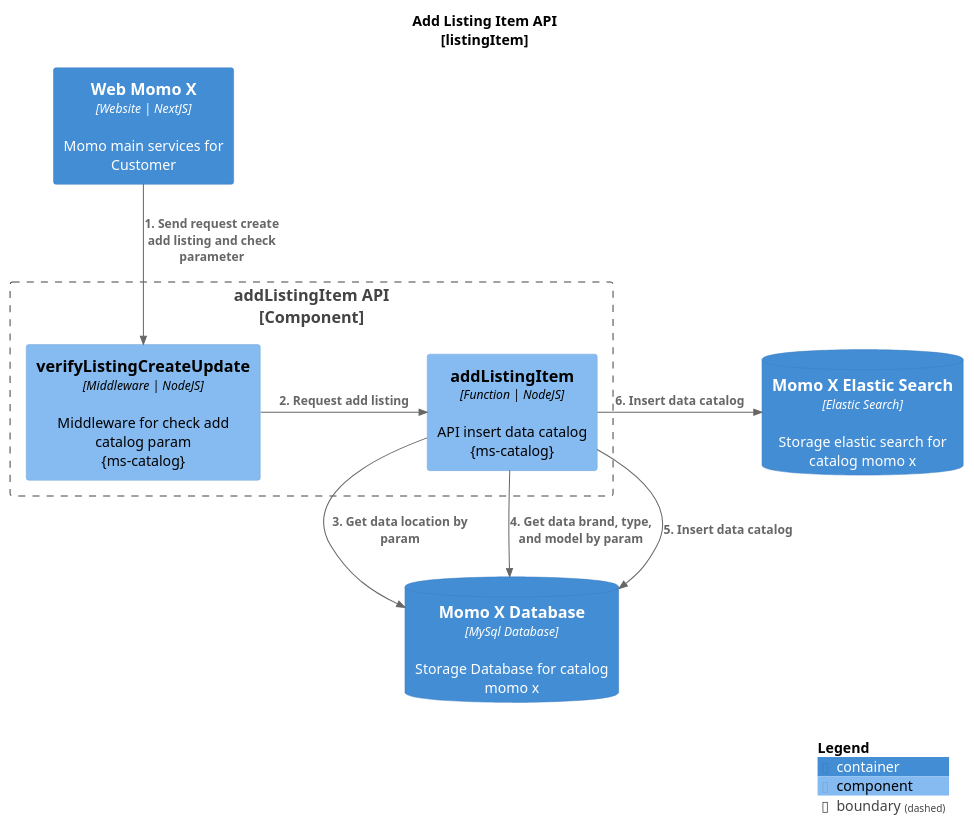
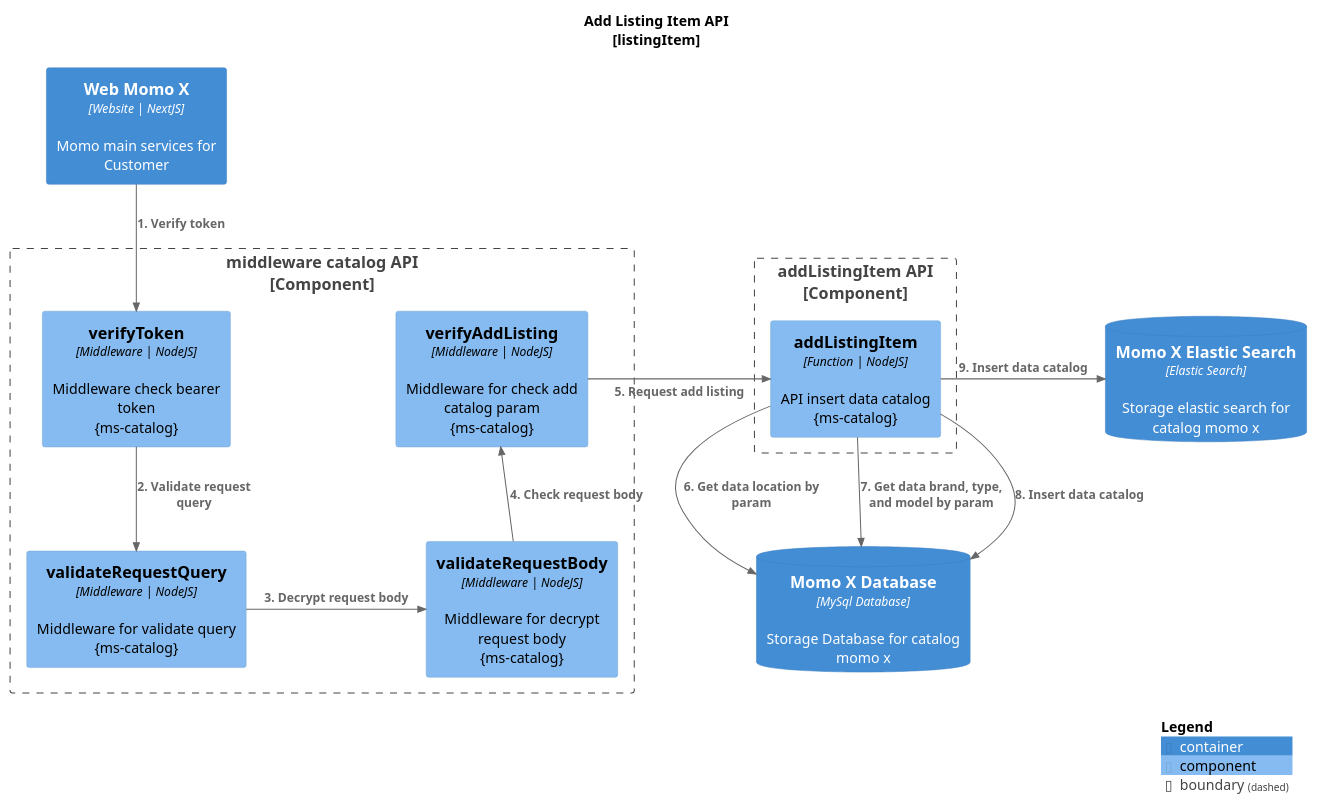
The diagram in MomoX/ms-catalog/listingItem/addListingItem.puml (JoshAndreas/Project-C4-Diagram), drawn with PlantUML before and after one commit. The commit also changed 52 other files, not shown here.

Commit message:
New C4 Diagram File for Auto X

```diff
--- a/MomoX/ms-catalog/listingItem/addListingItem.puml
+++ b/MomoX/ms-catalog/listingItem/addListingItem.puml
@@ -1,28 +1,39 @@
 @startuml
 !include https://raw.githubusercontent.com/plantuml-stdlib/C4-PlantUML/master/C4_Component.puml
 
 
 LAYOUT_WITH_LEGEND()
 title Add Listing Item API\n[listingItem]
 
     Container(web_momo_x, "Web Momo X", "Website | NextJS", "Momo main services for Customer")
+
+    Boundary(middleware, "middleware catalog API\n[Component]"){
+
+        Component(verify_token, "verifyToken", "Middleware | NodeJS", "Middleware check bearer token\n{ms-catalog}")
+        Component(validate_query, "validateRequestQuery", "Middleware | NodeJS", "Middleware for validate query\n{ms-catalog}")
+        Component(decrypt_body, "validateRequestBody", "Middleware | NodeJS", "Middleware for decrypt request body\n{ms-catalog}")
+        Component(catalog_middleware, "verifyAddListing", "Middleware | NodeJS", "Middleware for check add catalog param\n{ms-catalog}")
+
+    }
     
     Boundary(api, "addListingItem API\n[Component]"){
 
-        Component(catalog_middleware, "verifyListingCreateUpdate", "Middleware | NodeJS", "Middleware for check add catalog param\n{ms-catalog}")
         Component(addListingItem, "addListingItem", "Function | NodeJS", "API insert data catalog \n{ms-catalog}")
 
     }
     ContainerDb(momo_x_elasticsearch, "Momo X Elastic Search", "Elastic Search", "Storage elastic search for catalog momo x")
     ContainerDb(momo_x_storage, "Momo X Database", "MySql Database", "Storage Database for catalog momo x")
 
 
-Rel_D(web_momo_x, catalog_middleware, "1. Send request create add listing and check parameter")
-Rel_R(catalog_middleware, addListingItem, "2. Request add listing")
-Rel_D(addListingItem, momo_x_storage, "3. Get data location by param")
-Rel_D(addListingItem, momo_x_storage, "4. Get data brand, type, and model by param")
-Rel_D(addListingItem, momo_x_storage, "5. Insert data catalog")
-Rel_R(addListingItem, momo_x_elasticsearch, "6. Insert data catalog")
+Rel_D(web_momo_x, verify_token, "1. Verify token")
+Rel_D(verify_token, validate_query, "2. Validate request query")
+Rel_R(validate_query, decrypt_body, "3. Decrypt request body")
+Rel_U(decrypt_body, catalog_middleware, "4. Check request body")
+Rel_R(catalog_middleware, addListingItem, "5. Request add listing")
+Rel_D(addListingItem, momo_x_storage, "6. Get data location by param")
+Rel_D(addListingItem, momo_x_storage, "7. Get data brand, type, and model by param")
+Rel_D(addListingItem, momo_x_storage, "8. Insert data catalog")
+Rel_R(addListingItem, momo_x_elasticsearch, "9. Insert data catalog")
 
 SHOW_LEGEND()
 @enduml
```
